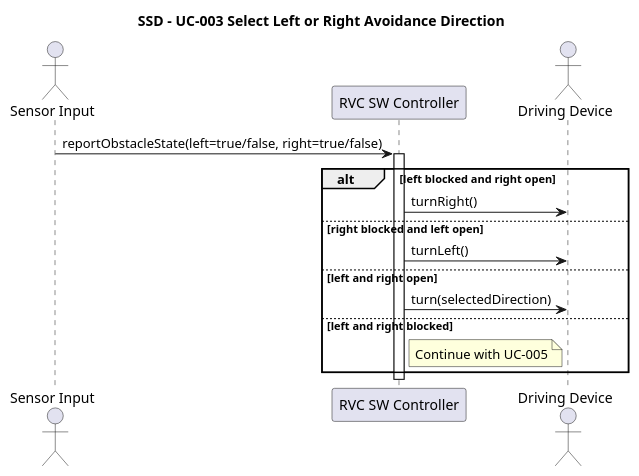
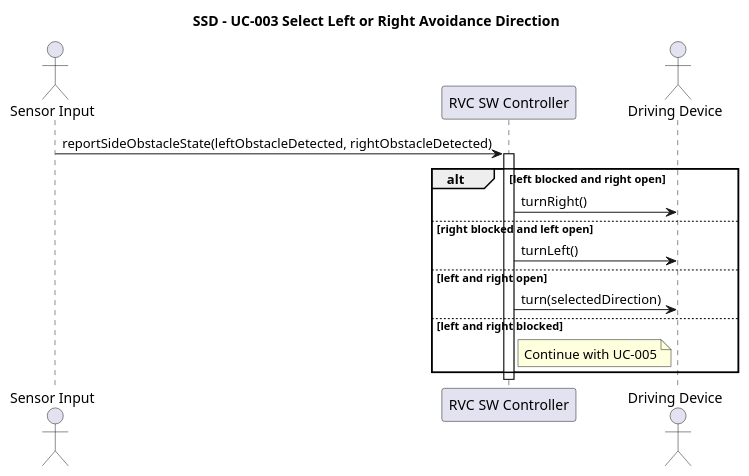
Before and after one commit to OOAD-Team3/Robot-Vacuum-Cleaner-AI: the diagram in docs/ssd/UC-003.puml, drawn with PlantUML. The commit also changed 14 other files, not shown here.

Commit message:
docs: address diagram review feedback

```diff
--- a/docs/ssd/UC-003.puml
+++ b/docs/ssd/UC-003.puml
@@ -1,21 +1,21 @@
 @startuml SSD_UC003_Select_Avoidance_Direction
 title SSD - UC-003 Select Left or Right Avoidance Direction
 
 actor "Sensor Input" as Sensor
 participant "RVC SW Controller" as System
 actor "Driving Device" as Drive
 
-Sensor -> System: reportObstacleState(left=true/false, right=true/false)
+Sensor -> System: reportSideObstacleState(leftObstacleDetected, rightObstacleDetected)
 activate System
 
 alt left blocked and right open
     System -> Drive: turnRight()
 else right blocked and left open
     System -> Drive: turnLeft()
 else left and right open
     System -> Drive: turn(selectedDirection)
 else left and right blocked
     note right of System: Continue with UC-005
 end
 deactivate System
 @enduml
```
